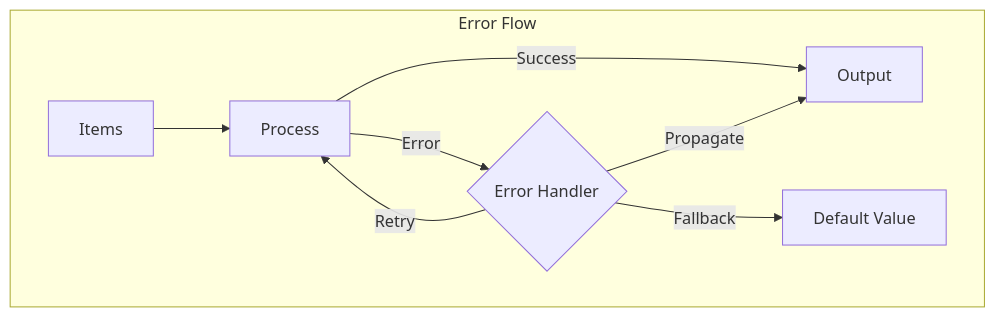
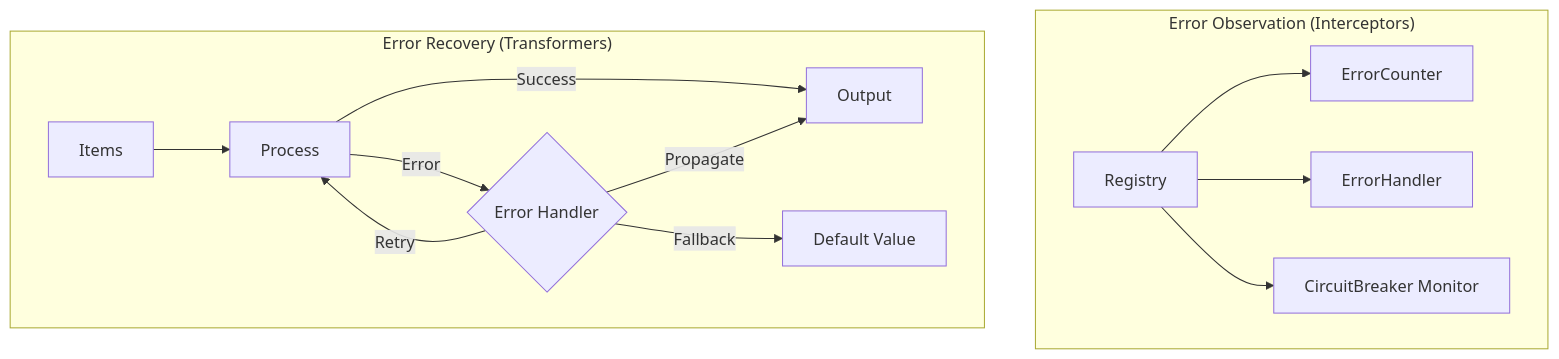
One commit to helzpont/min-flow changed the first of 2 diagrams in flow/flowerrors/README.md. Above: the diagram before and after it, drawn with Mermaid. The commit also changed other lines of this file and 16 other files, not shown here.

````diff
--- a/flow/flowerrors/README.md
+++ b/flow/flowerrors/README.md
@@ -9,11 +12,17 @@
 ```mermaid
 graph TB
-    subgraph "Error Flow"
+    subgraph "Error Observation (Interceptors)"
+        R[Registry] --> Counter[ErrorCounter]
+        R --> Logger[ErrorHandler]
+        R --> CB[CircuitBreaker Monitor]
+    end
+
+    subgraph "Error Recovery (Transformers)"
         Input[Items] --> Process[Process]
         Process -->|Success| Output[Output]
         Process -->|Error| Handler{Error Handler}
         Handler -->|Retry| Process
         Handler -->|Fallback| Fallback[Default Value]
         Handler -->|Propagate| Output
     end
 ```
````
